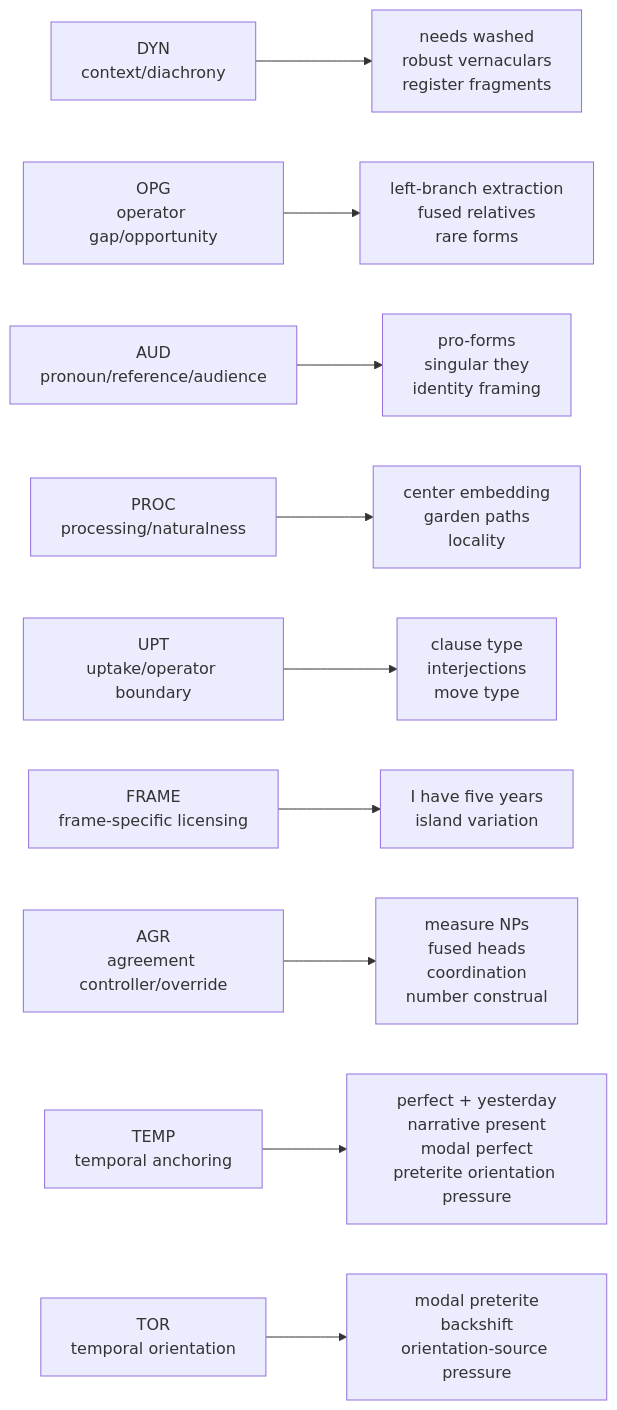
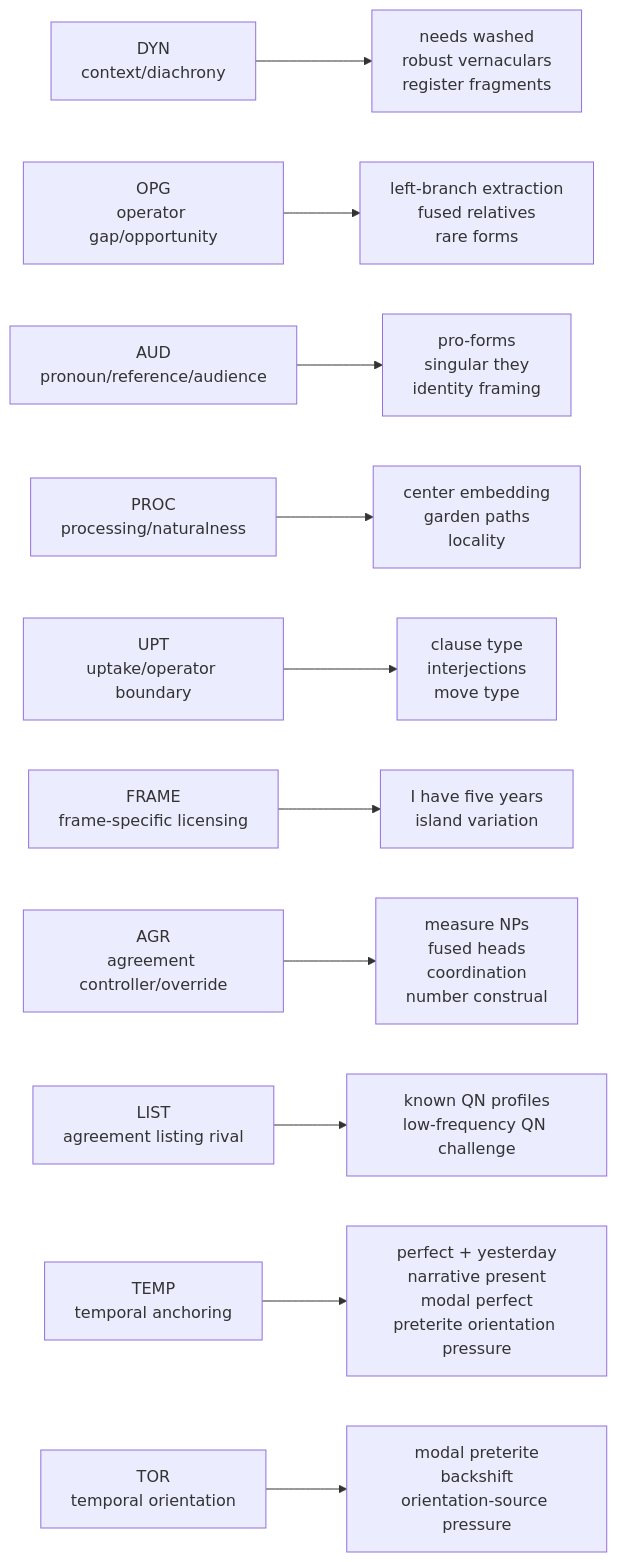
Before and after one commit to BrettRey/Grammaticality-de-idealized-v2: the first of 5 diagrams in subprojects/evolutionary-dag-workbench/notes/state-of-search-report-2026-06-09.md, drawn with Mermaid. The commit also changed other lines of this file and 13 other files, not shown here.

Commit message:
Add AGR construction-listing rival

````diff
--- a/subprojects/evolutionary-dag-workbench/notes/state-of-search-report-2026-06-09.md
+++ b/subprojects/evolutionary-dag-workbench/notes/state-of-search-report-2026-06-09.md
@@ -26,22 +27,24 @@
 ```mermaid
 flowchart LR
   DYN["DYN<br/>context/diachrony"]
   OPG["OPG<br/>operator gap/opportunity"]
   AUD["AUD<br/>pronoun/reference/audience"]
   PROC["PROC<br/>processing/naturalness"]
   UPT["UPT<br/>uptake/operator boundary"]
   FRAME["FRAME<br/>frame-specific licensing"]
   AGR["AGR<br/>agreement controller/override"]
+  LIST["LIST<br/>agreement listing rival"]
   TEMP["TEMP<br/>temporal anchoring"]
   TOR["TOR<br/>temporal orientation"]
 
   DYN --> ContextCases["needs washed<br/>robust vernaculars<br/>register fragments"]
   OPG --> GapCases["left-branch extraction<br/>fused relatives<br/>rare forms"]
   AUD --> PronounCases["pro-forms<br/>singular they<br/>identity framing"]
   PROC --> ProcessingCases["center embedding<br/>garden paths<br/>locality"]
   UPT --> UptakeCases["clause type<br/>interjections<br/>move type"]
   FRAME --> FrameCases["I have five years<br/>island variation"]
   AGR --> AgreementCases["measure NPs<br/>fused heads<br/>coordination<br/>number construal"]
+  LIST --> ListingCases["known QN profiles<br/>low-frequency QN challenge"]
   TEMP --> TemporalCases["perfect + yesterday<br/>narrative present<br/>modal perfect<br/>preterite orientation pressure"]
   TOR --> OrientationCases["modal preterite<br/>backshift<br/>orientation-source pressure"]
 ```
````
